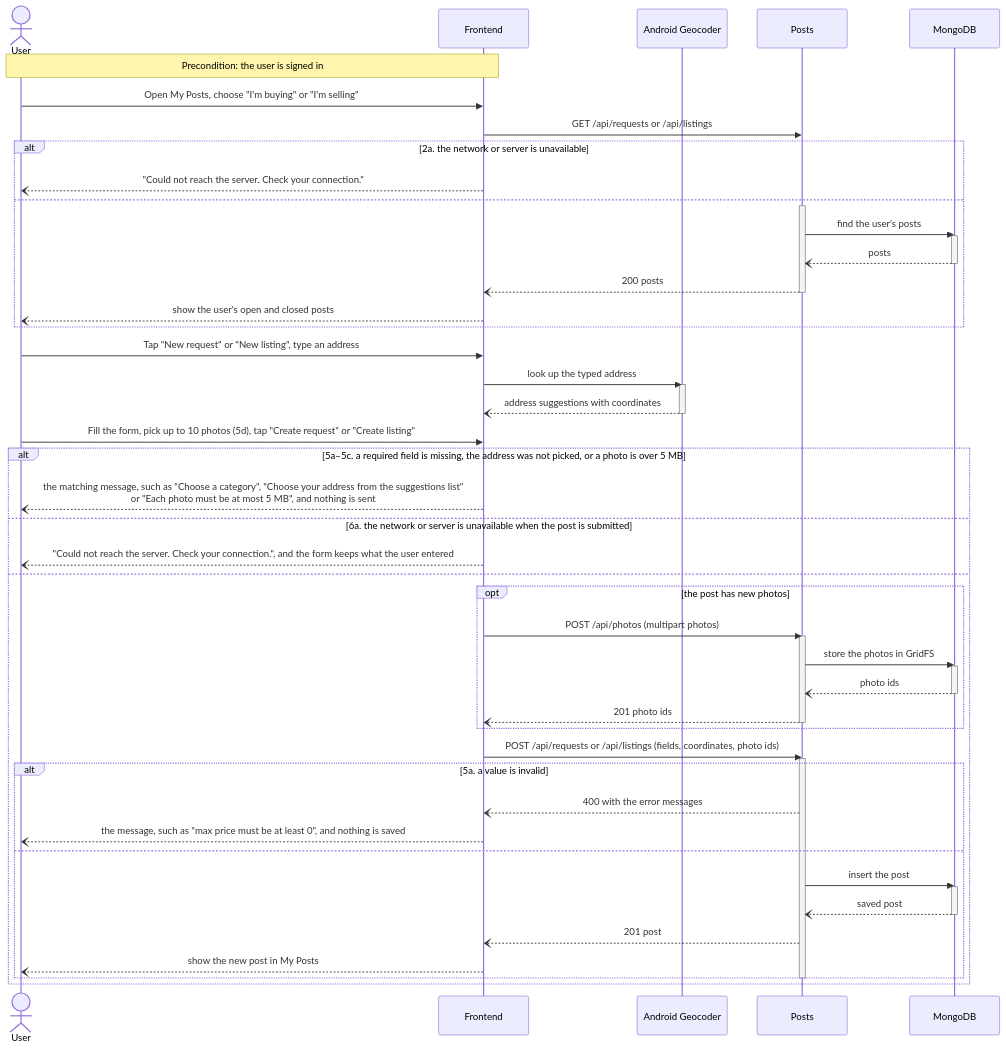
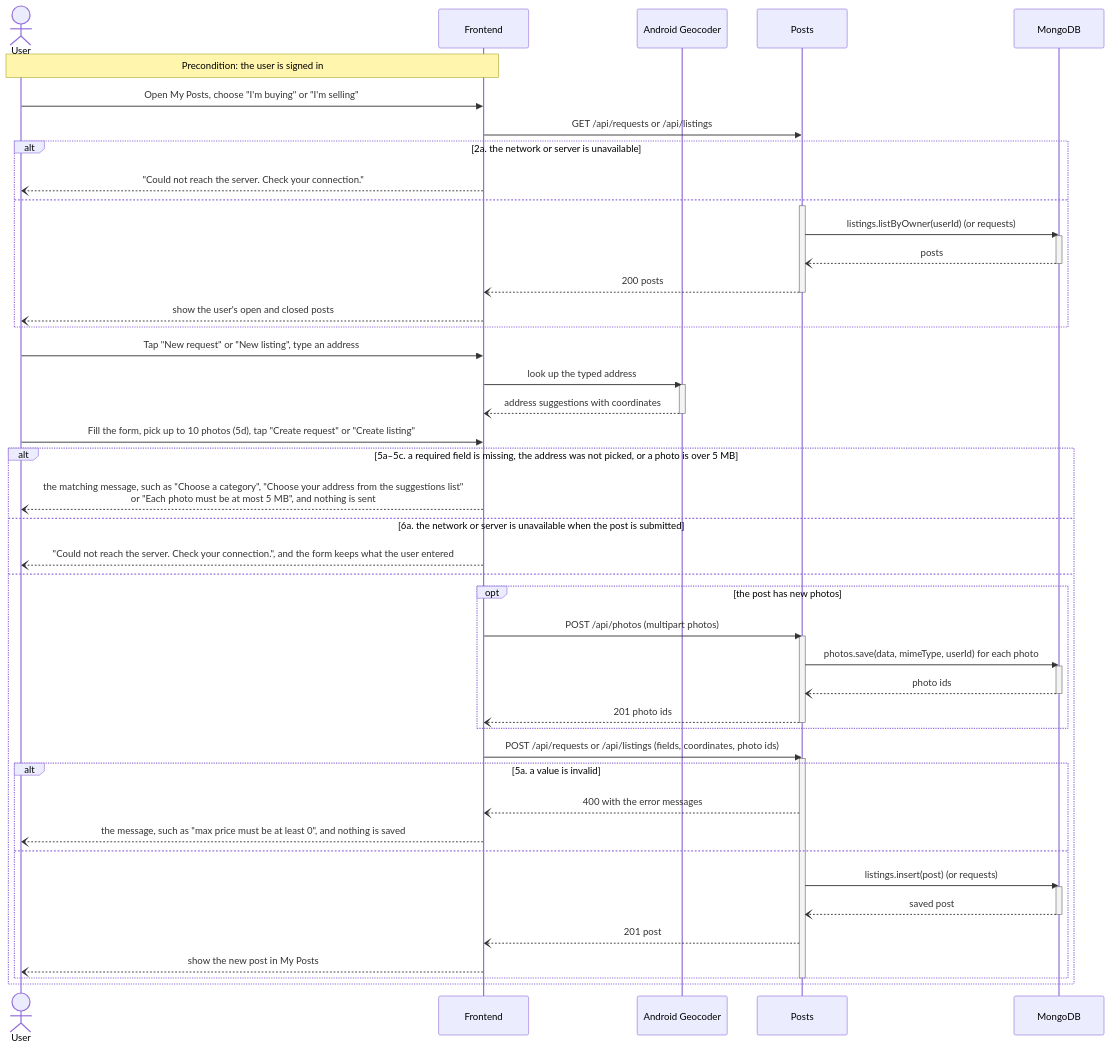
One commit to m1lun/MatchMarket changed the second of 6 diagrams in documentation/Requirements_and_Design.md. Above: the diagram before and after it, drawn with Mermaid. The commit also changed other lines of this file, not shown here.

Commit message:
docs: show the database calls in the sequence diagrams in Java style

````diff
--- a/documentation/Requirements_and_Design.md
+++ b/documentation/Requirements_and_Design.md
@@ -535,59 +536,59 @@
 ```mermaid
 sequenceDiagram
     actor U as User
     participant FE as Frontend
     participant GEO as Android Geocoder
     participant P as Posts
     participant DB as MongoDB
     Note over U,FE: Precondition: the user is signed in
     U->>FE: Open My Posts, choose "I'm buying" or "I'm selling"
     FE->>P: GET /api/requests or /api/listings
     alt 2a. the network or server is unavailable
         FE--)U: "Could not reach the server. Check your connection."
     else
         activate P
-        P->>DB: find the user's posts
+        P->>DB: listings.listByOwner(userId) (or requests)
         activate DB
         DB--)P: posts
         deactivate DB
         P--)FE: 200 posts
         deactivate P
         FE--)U: show the user's open and closed posts
     end
     U->>FE: Tap "New request" or "New listing", type an address
     FE->>GEO: look up the typed address
     activate GEO
     GEO--)FE: address suggestions with coordinates
     deactivate GEO
     U->>FE: Fill the form, pick up to 10 photos (5d), tap "Create request" or "Create listing"
     alt 5a–5c. a required field is missing, the address was not picked, or a photo is over 5 MB
         FE--)U: the matching message, such as "Choose a category", "Choose your address from the suggestions list"<br/>or "Each photo must be at most 5 MB", and nothing is sent
     else 6a. the network or server is unavailable when the post is submitted
         FE--)U: "Could not reach the server. Check your connection.", and the form keeps what the user entered
     else
         opt the post has new photos
             FE->>P: POST /api/photos (multipart photos)
             activate P
-            P->>DB: store the photos in GridFS
+            P->>DB: photos.save(data, mimeType, userId) for each photo
             activate DB
             DB--)P: photo ids
             deactivate DB
             P--)FE: 201 photo ids
             deactivate P
         end
         FE->>P: POST /api/requests or /api/listings (fields, coordinates, photo ids)
         activate P
         alt 5a. a value is invalid
             P--)FE: 400 with the error messages
             FE--)U: the message, such as "max price must be at least 0", and nothing is saved
         else
-            P->>DB: insert the post
+            P->>DB: listings.insert(post) (or requests)
             activate DB
             DB--)P: saved post
             deactivate DB
             P--)FE: 201 post
             FE--)U: show the new post in My Posts
         end
         deactivate P
     end
 ```
````
